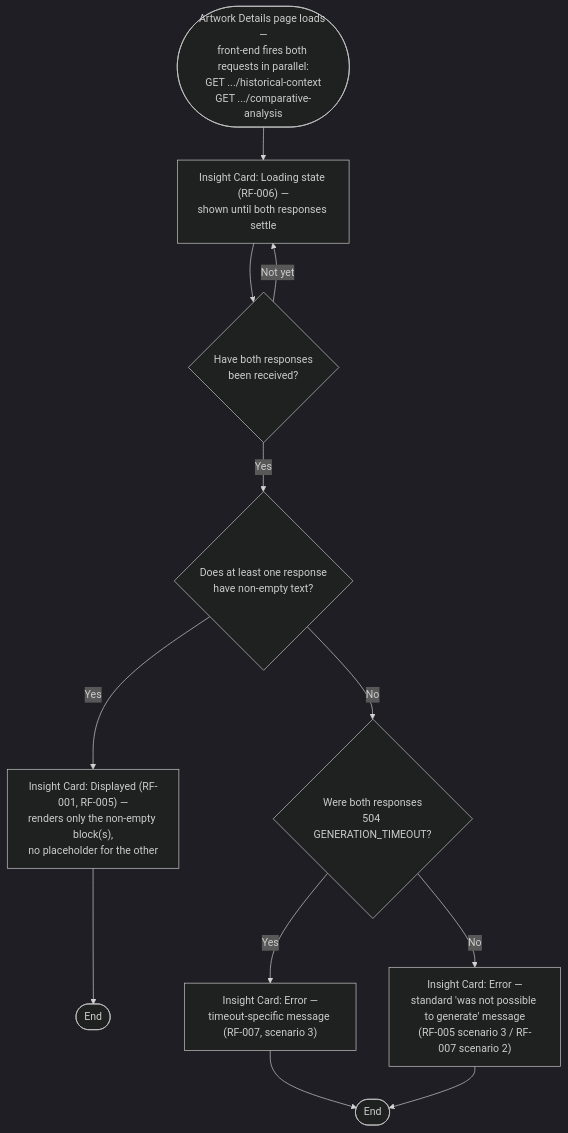
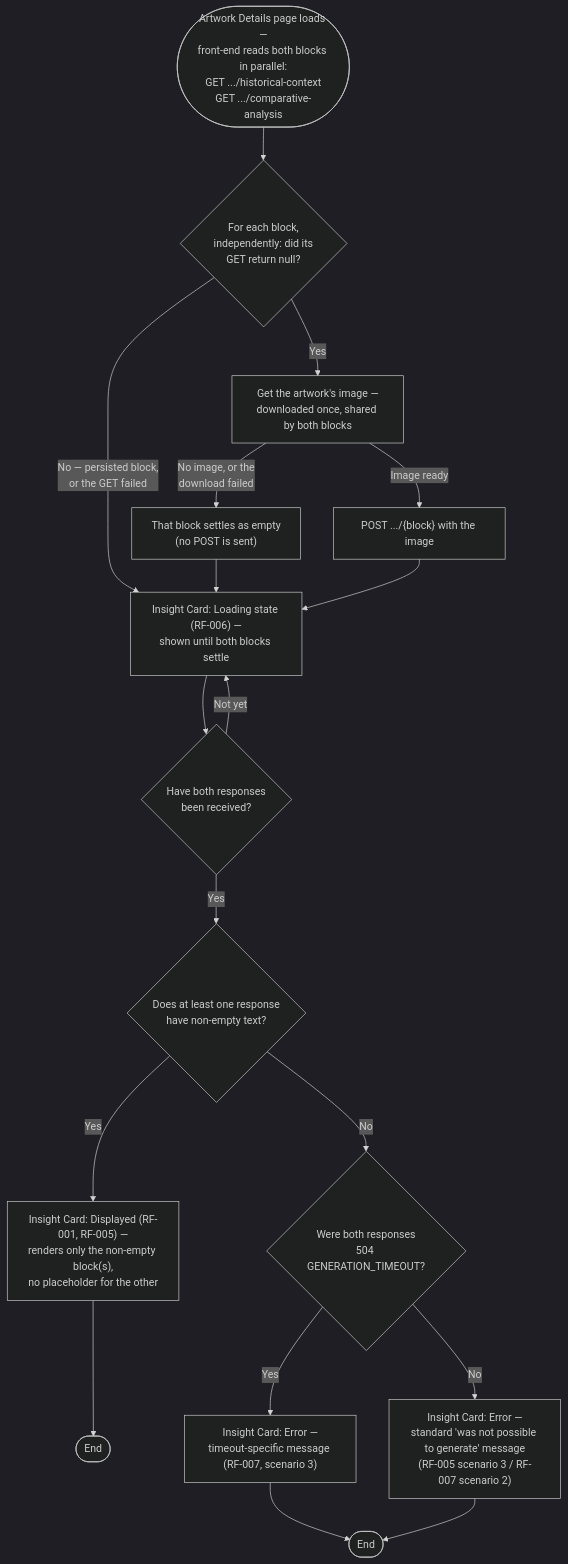
The fourth of 4 diagrams in documentation/specs/06-persistence-flow.md (Jeferson-Filho/Art-Archive-Front-AI), drawn with Mermaid (dark theme) before and after one commit. The commit also changed other lines of this file and 5 other files, not shown here.

First line of the commit message:
📚 docs(specs): generate the Insight Card from an image the browser sends

````diff
--- a/documentation/specs/06-persistence-flow.md
+++ b/documentation/specs/06-persistence-flow.md
@@ -172,17 +198,23 @@
 ```mermaid
 flowchart TD
-    Fire(["Artwork Details page loads —<br/>front-end fires both requests in parallel:<br/>GET .../historical-context<br/>GET .../comparative-analysis"]) --> Wait["Insight Card: Loading state (RF-006) —<br/>shown until both responses settle"]
+    Fire(["Artwork Details page loads —<br/>front-end reads both blocks in parallel:<br/>GET .../historical-context<br/>GET .../comparative-analysis"]) --> PerBlock{"For each block,<br/>independently: did its<br/>GET return null?"}
+    PerBlock -- "No — persisted block,<br/>or the GET failed" --> Wait["Insight Card: Loading state (RF-006) —<br/>shown until both blocks settle"]
+    PerBlock -- "Yes" --> Image["Get the artwork's image —<br/>downloaded once, shared by both blocks"]
+    Image -- "No image, or the<br/>download failed" --> NoImage["That block settles as empty<br/>(no POST is sent)"]
+    NoImage --> Wait
+    Image -- "Image ready" --> Post["POST .../{block} with the image"]
+    Post --> Wait
 
     Wait --> BothSettled{"Have both responses<br/>been received?"}
     BothSettled -- "Not yet" --> Wait
 
     BothSettled -- "Yes" --> AnyContent{"Does at least one response<br/>have non-empty text?"}
     AnyContent -- "Yes" --> Displayed["Insight Card: Displayed (RF-001, RF-005) —<br/>renders only the non-empty block(s),<br/>no placeholder for the other"]
     Displayed --> End1(["End"])
 
     AnyContent -- "No" --> BothTimeout{"Were both responses<br/>504 GENERATION_TIMEOUT?"}
     BothTimeout -- "Yes" --> ErrorTimeout["Insight Card: Error —<br/>timeout-specific message (RF-007, scenario 3)"]
     BothTimeout -- "No" --> ErrorStandard["Insight Card: Error —<br/>standard 'was not possible to generate' message<br/>(RF-005 scenario 3 / RF-007 scenario 2)"]
     ErrorTimeout --> End2(["End"])
     ErrorStandard --> End2
 ```
````
